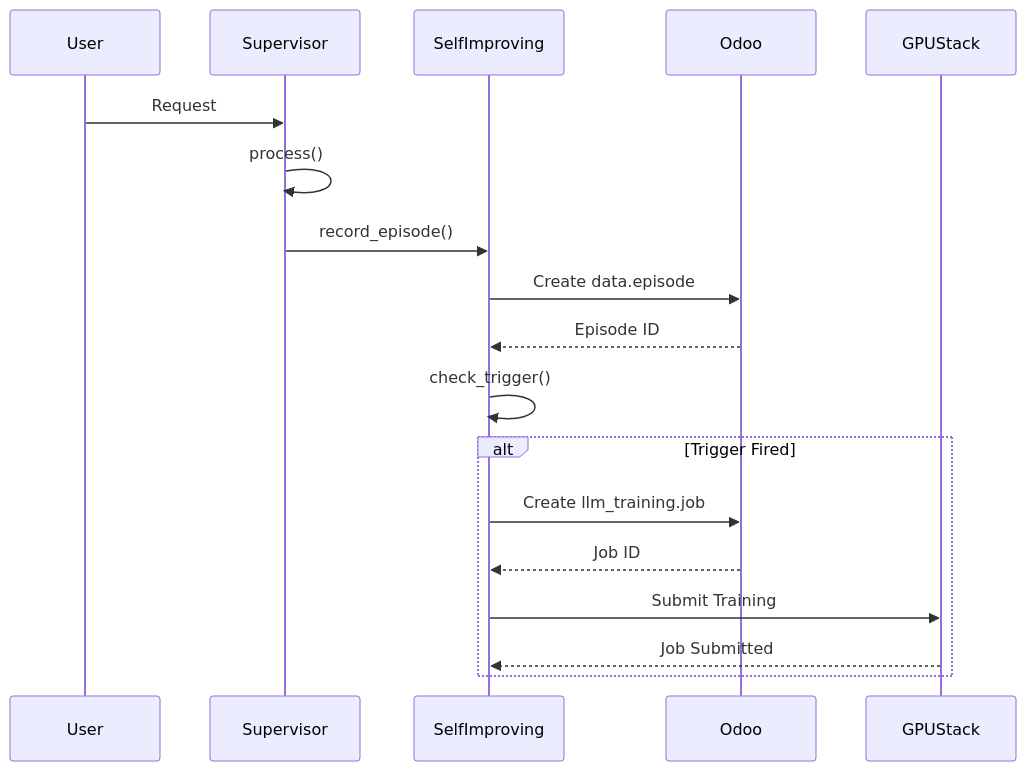
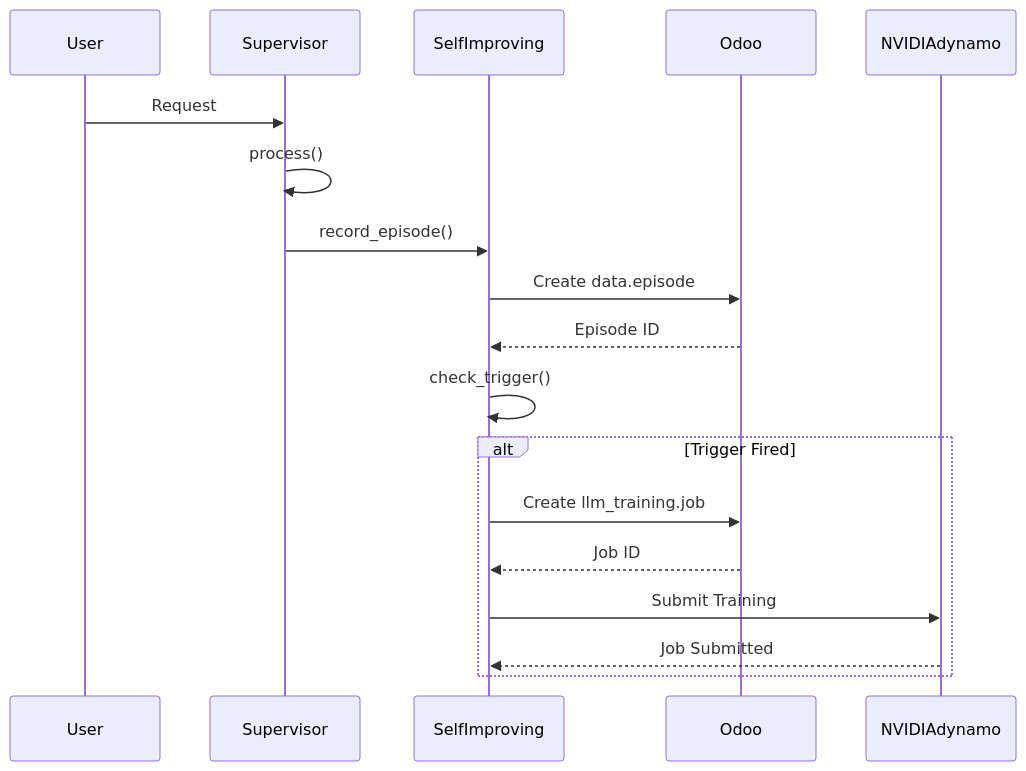
One commit to nettrades/nettrades-platform changed the ninth of 10 diagrams in docs/developer/LangGraph-Agent-State-Machine-Diagram.md. Above: the diagram before and after it, drawn with Mermaid. The commit also changed other lines of this file and 56 other files, not shown here.

````diff
--- a/docs/developer/LangGraph-Agent-State-Machine-Diagram.md
+++ b/docs/developer/LangGraph-Agent-State-Machine-Diagram.md
@@ -298,21 +298,21 @@
 ```mermaid
 sequenceDiagram
     participant User
     participant Supervisor
     participant SelfImproving
     participant Odoo
-    participant GPUStack
+    participant NVIDIAdynamo
 
     User->>Supervisor: Request
     Supervisor->>Supervisor: process()
     Supervisor->>SelfImproving: record_episode()
     SelfImproving->>Odoo: Create data.episode
     Odoo-->>SelfImproving: Episode ID
     SelfImproving->>SelfImproving: check_trigger()
     alt Trigger Fired
         SelfImproving->>Odoo: Create llm_training.job
         Odoo-->>SelfImproving: Job ID
-        SelfImproving->>GPUStack: Submit Training
-        GPUStack-->>SelfImproving: Job Submitted
+        SelfImproving->>NVIDIAdynamo: Submit Training
+        NVIDIAdynamo-->>SelfImproving: Job Submitted
     end
 ```
````
